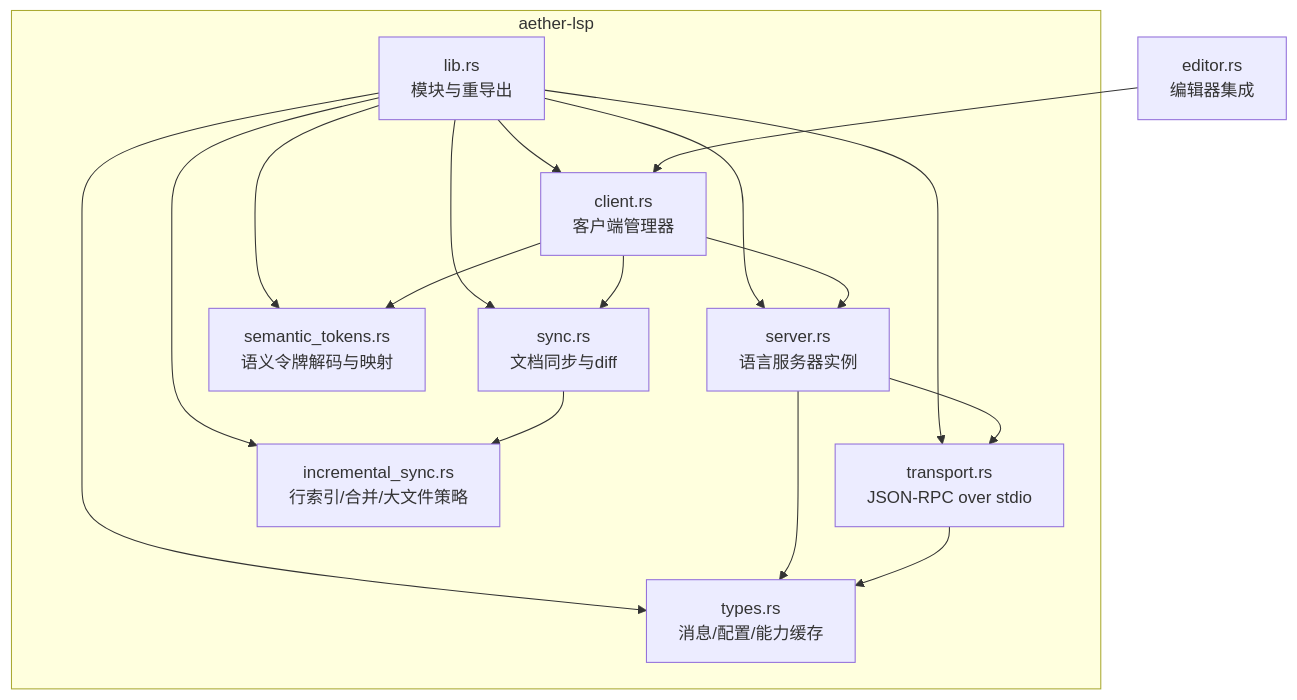
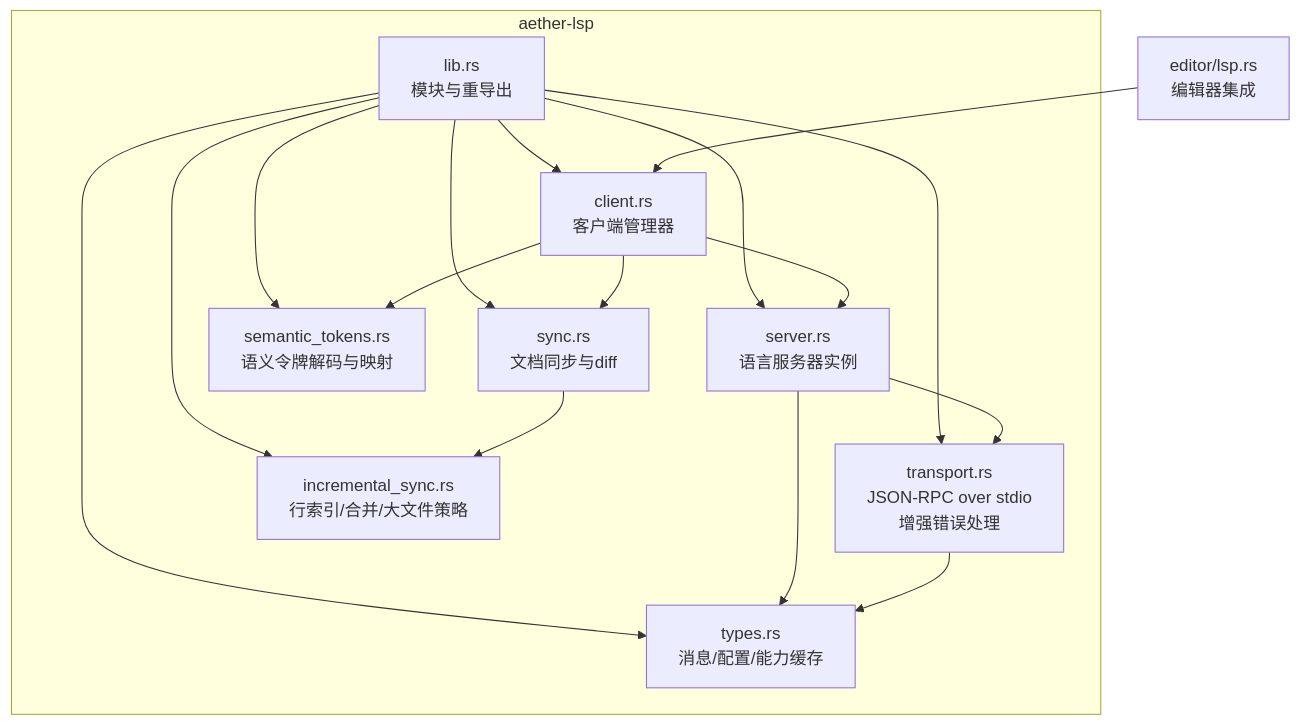
Before and after one commit to songdiyang/AetherStudio: the first of 9 diagrams in .qoder/repowiki/zh/content/架构设计/语言服务集成/LSP 客户端实现.md, drawn with Mermaid. The commit also changed other lines of this file and 25 other files, not shown here.

````diff
--- a/.qoder/repowiki/zh/content/架构设计/语言服务集成/LSP 客户端实现.md
+++ b/.qoder/repowiki/zh/content/架构设计/语言服务集成/LSP 客户端实现.md
@@ -48,29 +56,29 @@
 ```mermaid
 graph TB
 subgraph "aether-lsp"
 A["lib.rs<br/>模块与重导出"]
 B["client.rs<br/>客户端管理器"]
 C["server.rs<br/>语言服务器实例"]
-D["transport.rs<br/>JSON-RPC over stdio"]
+D["transport.rs<br/>JSON-RPC over stdio<br/>增强错误处理"]
 E["types.rs<br/>消息/配置/能力缓存"]
 F["sync.rs<br/>文档同步与diff"]
 G["incremental_sync.rs<br/>行索引/合并/大文件策略"]
 H["semantic_tokens.rs<br/>语义令牌解码与映射"]
 end
-I["editor.rs<br/>编辑器集成"]
+I["editor/lsp.rs<br/>编辑器集成"]
 A --> B
 A --> C
 A --> D
 A --> E
 A --> F
 A --> G
 A --> H
 B --> C
 B --> F
 B --> H
 C --> D
 C --> E
 D --> E
 F --> G
 I --> B
 ```
````
